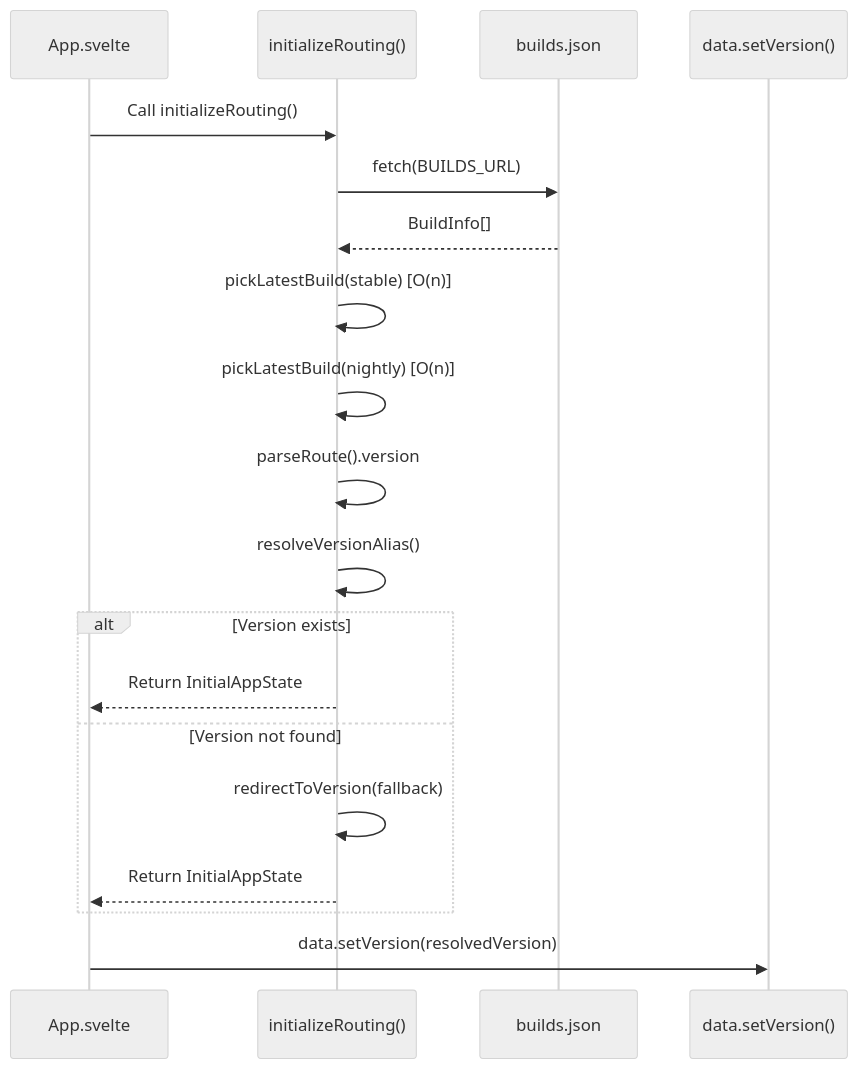
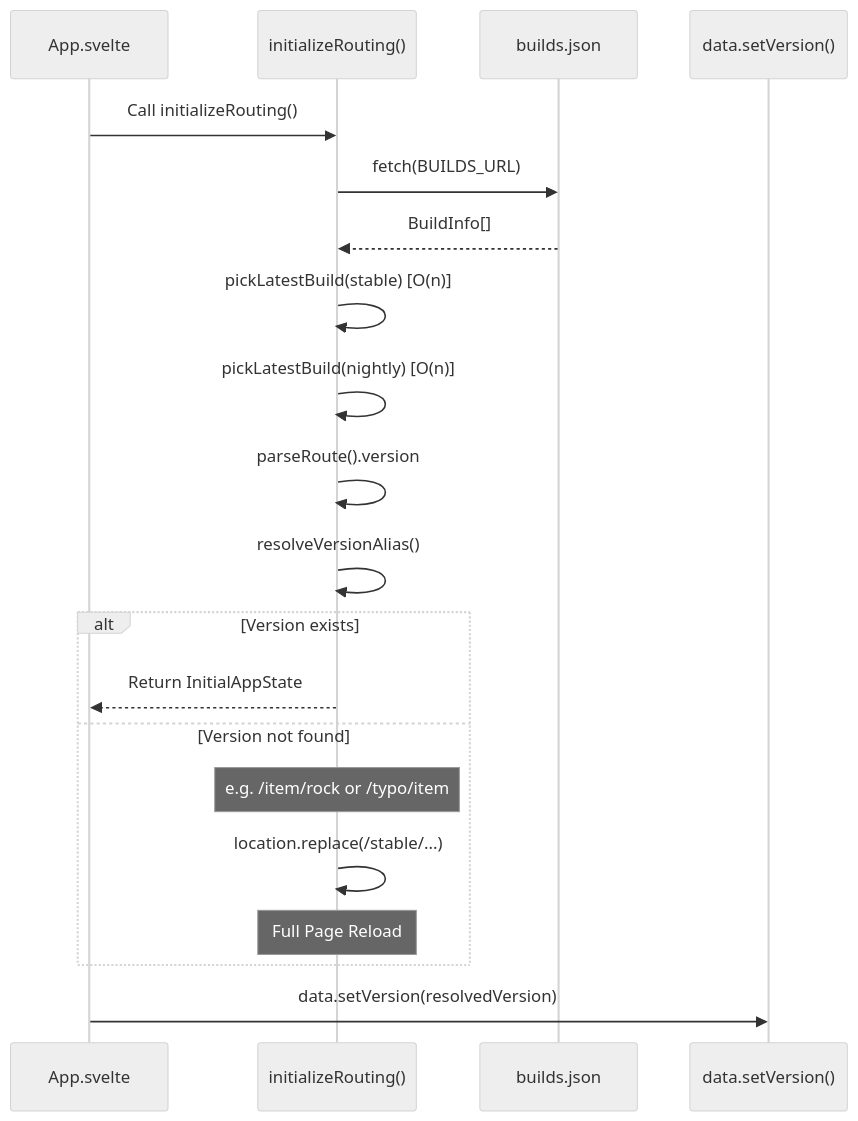
Before and after one commit to ushkinaz/cbn-guide: the first of 2 diagrams in docs/routing.md, drawn with Mermaid (neutral theme). The commit also changed other lines of this file, not shown here.

Commit message:
docs(routing): document smart path correction and clarify version fallback logic

````diff
--- a/docs/routing.md
+++ b/docs/routing.md
@@ -100,26 +102,26 @@
 ```mermaid
 sequenceDiagram
     participant App as App.svelte
     participant Init as initializeRouting()
     participant Builds as builds.json
     participant Data as data.setVersion()
 
     App->>Init: Call initializeRouting()
     Init->>Builds: fetch(BUILDS_URL)
     Builds-->>Init: BuildInfo[]
 
     Init->>Init: pickLatestBuild(stable) [O(n)]
     Init->>Init: pickLatestBuild(nightly) [O(n)]
     Init->>Init: parseRoute().version
     Init->>Init: resolveVersionAlias()
 
     alt Version exists
         Init-->>App: Return InitialAppState
     else Version not found
-        Init->>Init: redirectToVersion(fallback)
-        Init-->>App: Return InitialAppState
+        Note over Init: e.g. /item/rock or /typo/item
+        Init->>Init: location.replace(/stable/...)
+        Note over Init: Full Page Reload
     end
 
     App->>Data: data.setVersion(resolvedVersion)
-
 ```
````
